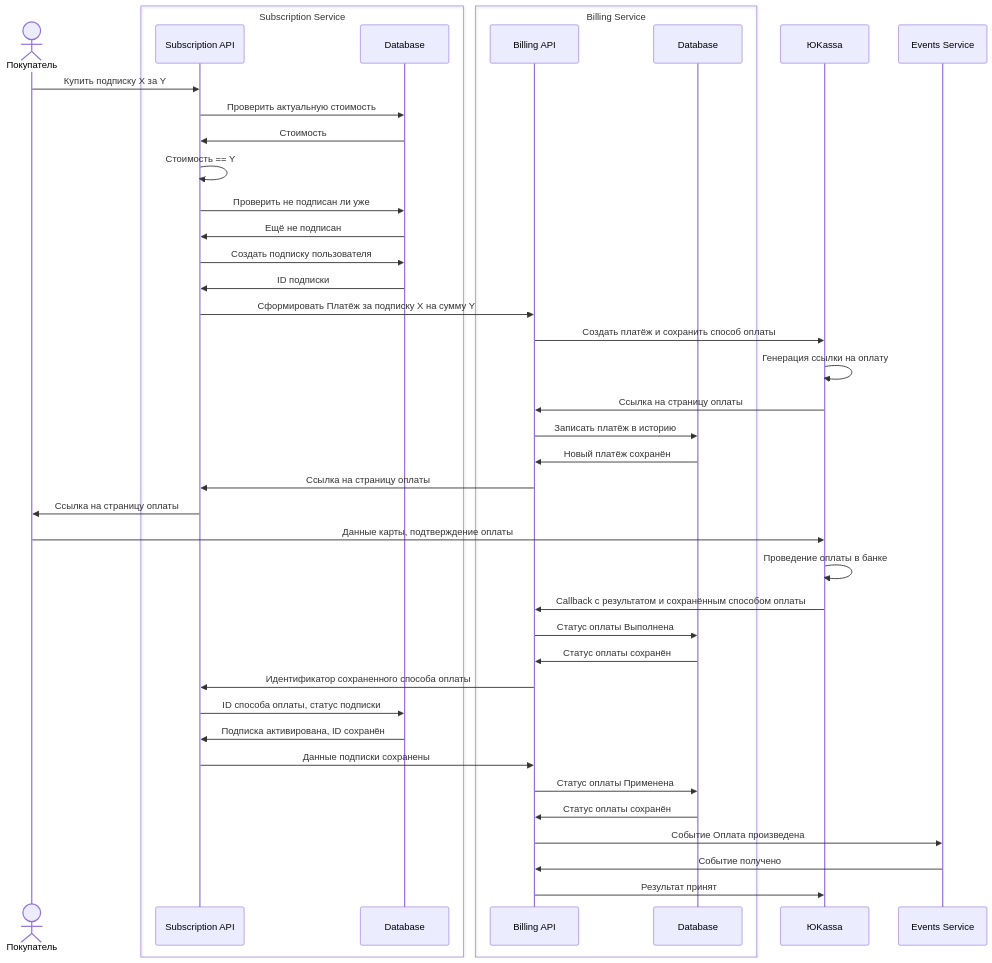
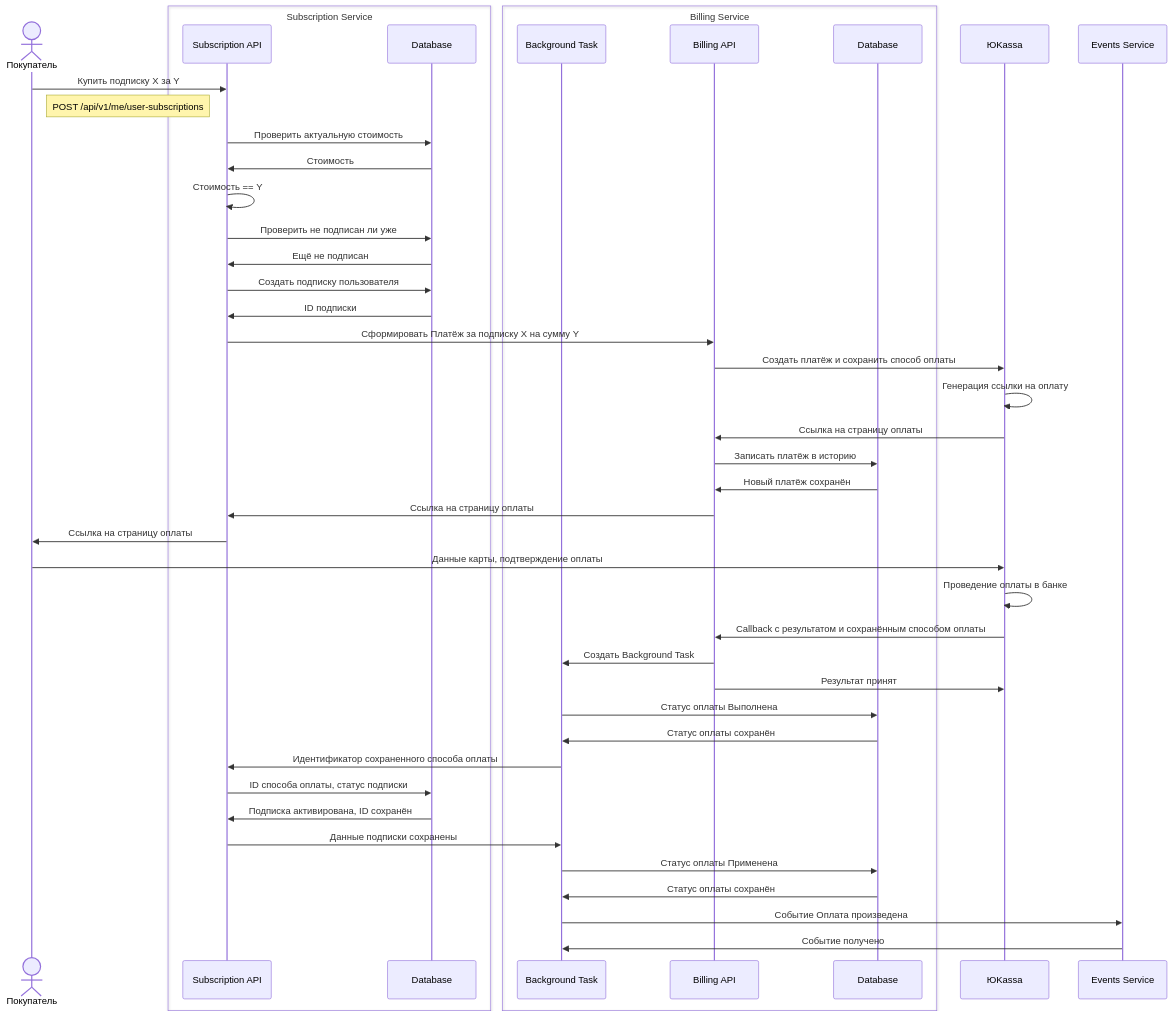
Before and after one commit to smb13/graduate_work: the fifth of 10 diagrams in architecture/sequence_diagram.md, drawn with Mermaid. The commit also changed other lines of this file and 1 other file, not shown here.

Commit message:
add sequence diagrams

````diff
--- a/architecture/sequence_diagram.md
+++ b/architecture/sequence_diagram.md
@@ -16,47 +65,51 @@
 ```mermaid
 sequenceDiagram
     actor User as Покупатель
     box Subscription Service
         participant SubAPI as Subscription API
         participant SubDB as Database
     end
     box Billing Service
+        participant BillBGround as Background Task
         participant BillAPI as Billing API
         participant BillDB as Database
     end
     participant YooKassa as ЮKassa
     participant Events as Events Service
 
     User->>SubAPI: Купить подписку X за Y
+    Note right of User: POST /api/v1/me/user-subscriptions
     SubAPI->>SubDB: Проверить актуальную стоимость
     SubDB->>SubAPI: Стоимость
     SubAPI->>SubAPI: Стоимость == Y
     SubAPI->>SubDB: Проверить не подписан ли уже
     SubDB->>SubAPI: Ещё не подписан
     SubAPI->>SubDB: Создать подписку пользователя
     SubDB->>SubAPI: ID подписки
 
     SubAPI->>BillAPI: Сформировать Платёж за подписку X на сумму Y
     BillAPI->>YooKassa: Создать платёж и сохранить способ оплаты
     YooKassa->>YooKassa: Генерация ссылки на оплату
     YooKassa->>BillAPI: Ссылка на страницу оплаты
     BillAPI->>BillDB: Записать платёж в историю
     BillDB->>BillAPI: Новый платёж сохранён
     BillAPI->>SubAPI: Ссылка на страницу оплаты
     SubAPI->>User: Ссылка на страницу оплаты
 
     User->>YooKassa: Данные карты, подтверждение оплаты
     YooKassa->>YooKassa: Проведение оплаты в банке
     YooKassa->>BillAPI: Callback с результатом и сохранённым способом оплаты
-    BillAPI->>BillDB: Статус оплаты Выполнена
-    BillDB->>BillAPI: Статус оплаты сохранён
-    BillAPI->>SubAPI: Идентификатор сохраненного способа оплаты
+    BillAPI->>BillBGround: Создать Background Task
+    BillAPI->>YooKassa: Результат принят
+
+    BillBGround->>BillDB: Статус оплаты Выполнена
+    BillDB->>BillBGround: Статус оплаты сохранён
+    BillBGround->>SubAPI: Идентификатор сохраненного способа оплаты
     SubAPI->>SubDB: ID способа оплаты, статус подписки
     SubDB->>SubAPI: Подписка активирована, ID сохранён
-    SubAPI->>BillAPI: Данные подписки сохранены
-    BillAPI->>BillDB: Статус оплаты Применена
-    BillDB->>BillAPI: Статус оплаты сохранён
-    BillAPI->>Events: Событие Оплата произведена
-    Events->>BillAPI: Событие получено
-    BillAPI->>YooKassa: Результат принят
+    SubAPI->>BillBGround: Данные подписки сохранены
+    BillBGround->>BillDB: Статус оплаты Применена
+    BillDB->>BillBGround: Статус оплаты сохранён
+    BillBGround->>Events: Событие Оплата произведена
+    Events->>BillBGround: Событие получено
 ```
````
